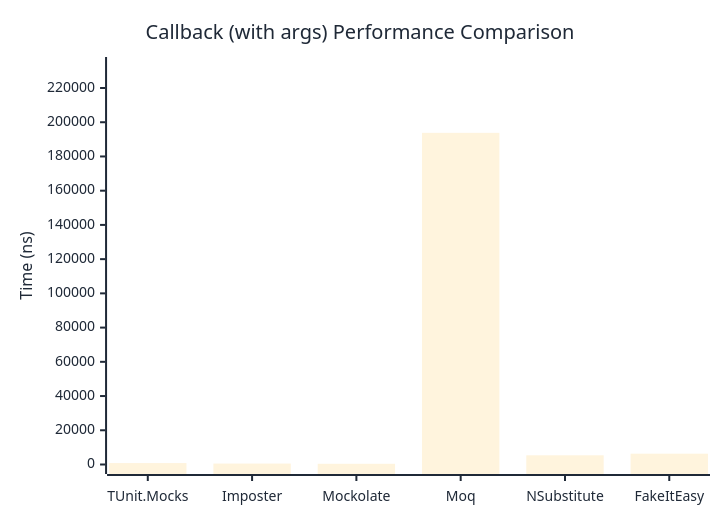
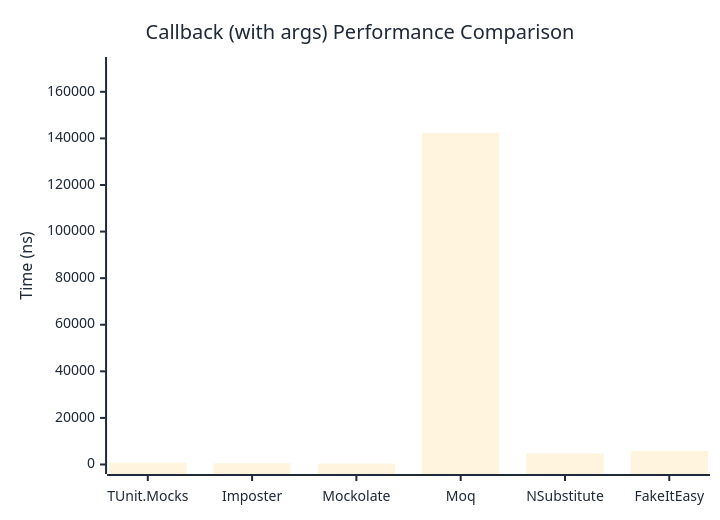
One commit to thomhurst/TUnit changed the second of 2 diagrams in docs/docs/benchmarks/mocks/Callback.md. Above: the diagram before and after it, drawn with Mermaid. The commit also changed other lines of this file and 14 other files, not shown here.

````diff
--- a/docs/docs/benchmarks/mocks/Callback.md
+++ b/docs/docs/benchmarks/mocks/Callback.md
@@ -71,27 +71,27 @@
 ```mermaid
 %%{init: {
   'theme':'base',
   'themeVariables': {
     'primaryColor': '#2563eb',
     'primaryTextColor': '#1f2937',
     'primaryBorderColor': '#1e40af',
     'lineColor': '#6b7280',
     'secondaryColor': '#7c3aed',
     'tertiaryColor': '#dc2626',
     'background': '#ffffff',
     'pie1': '#2563eb',
     'pie2': '#7c3aed',
     'pie3': '#dc2626',
     'pie4': '#f59e0b',
     'pie5': '#10b981',
     'pie6': '#06b6d4',
     'pie7': '#ec4899',
     'pie8': '#6366f1'
   }
 }}%%
 xychart-beta
   title "Callback (with args) Performance Comparison"
   x-axis ["TUnit.Mocks", "Imposter", "Mockolate", "Moq", "NSubstitute", "FakeItEasy"]
-  y-axis "Time (ns)" 0 --> 232567
-  bar [839.9, 552.3, 419.5, 193805.4, 5370.6, 6321.8]
+  y-axis "Time (ns)" 0 --> 170870
+  bar [766.9, 534.5, 380.3, 142391.3, 4704, 5804.3]
 ```
````
